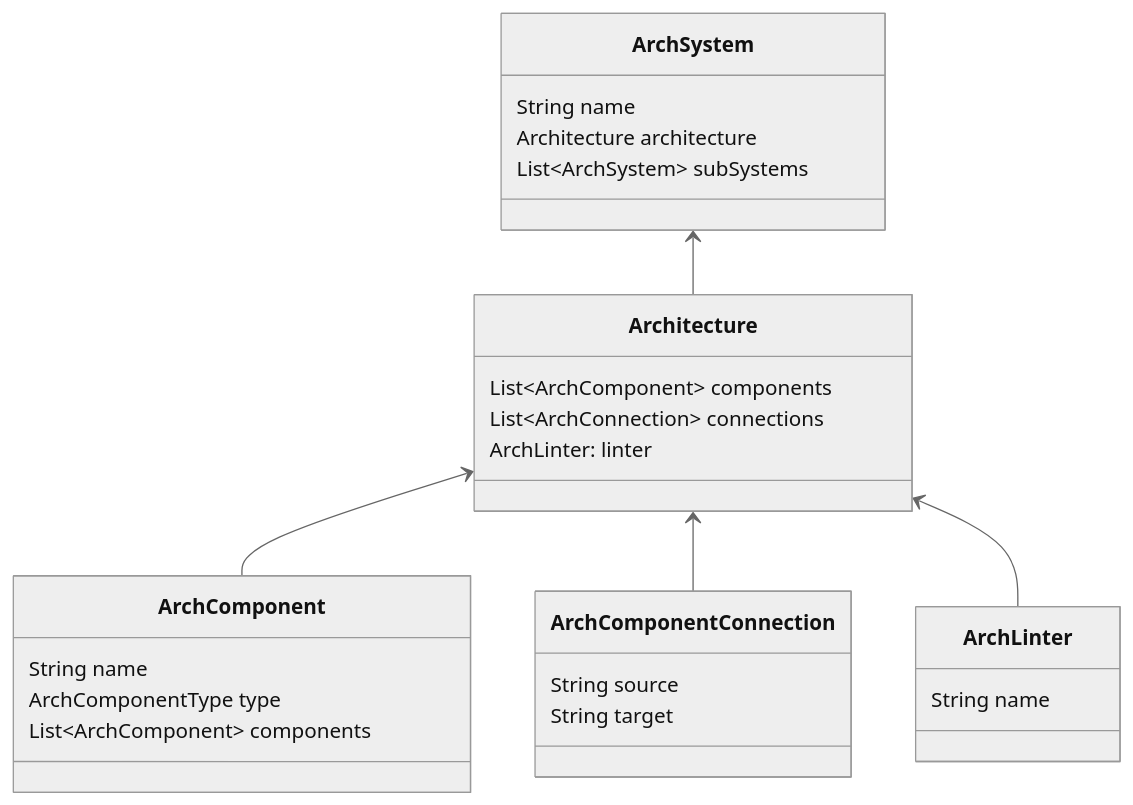
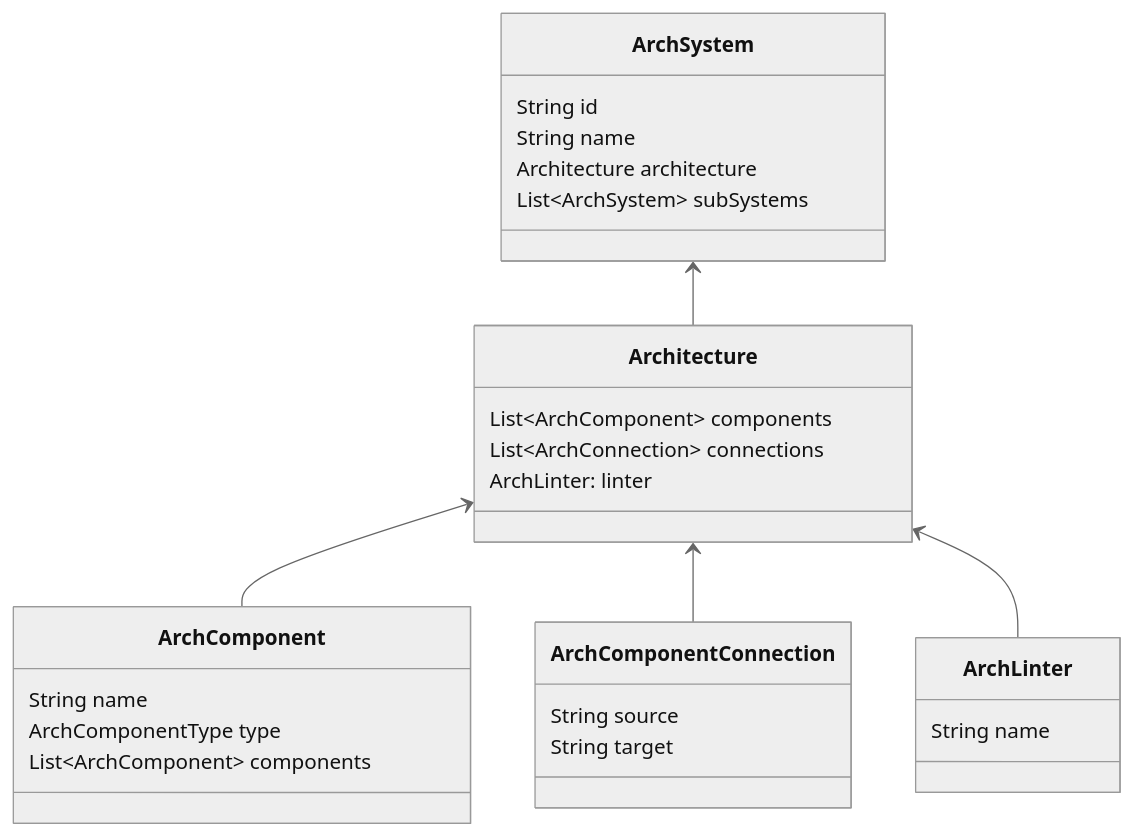
One commit to archguard/archguard-wiki changed the first of 5 diagrams in architecture/ArchitectureView.md. Above: the diagram before and after it, drawn with Mermaid (neutral theme).

````diff
--- a/architecture/ArchitectureView.md
+++ b/architecture/ArchitectureView.md
@@ -86,35 +86,36 @@
 ```mermaid
 classDiagram
 class ArchSystem {
+	String id
 	String name
 	Architecture architecture
 	List~ArchSystem~ subSystems
 }
 
 class Architecture {
 	List~ArchComponent~ components
 	List~ArchConnection~ connections
 	ArchLinter: linter
 }
 
 class ArchComponent {
 	String name
 	ArchComponentType type
 	List~ArchComponent~ components
 }
 
 class ArchComponentConnection {
 	String source
 	String target
 }
 
 class ArchLinter {
 	String name
 }
 
 ArchSystem <-- Architecture
 Architecture <-- ArchComponent
 Architecture <-- ArchComponentConnection
 Architecture <-- ArchLinter
 
 ```
````
